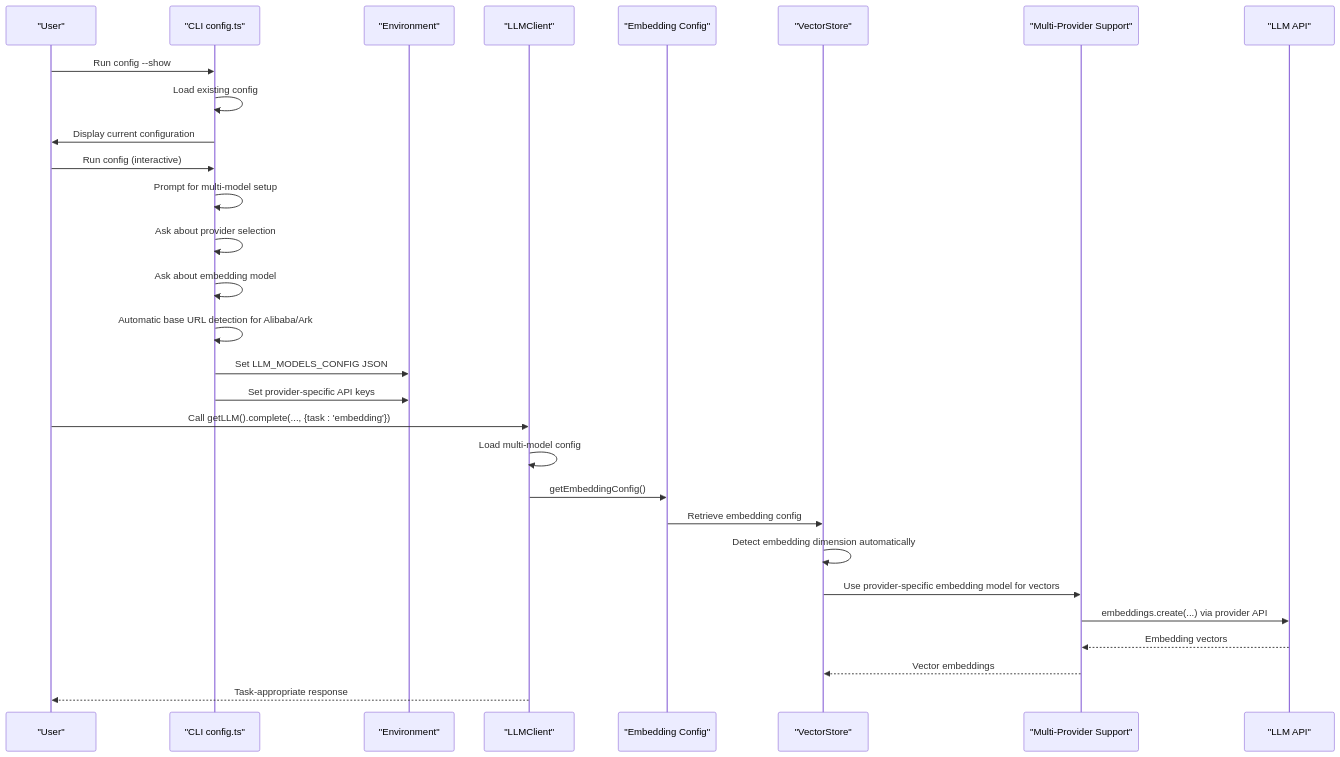
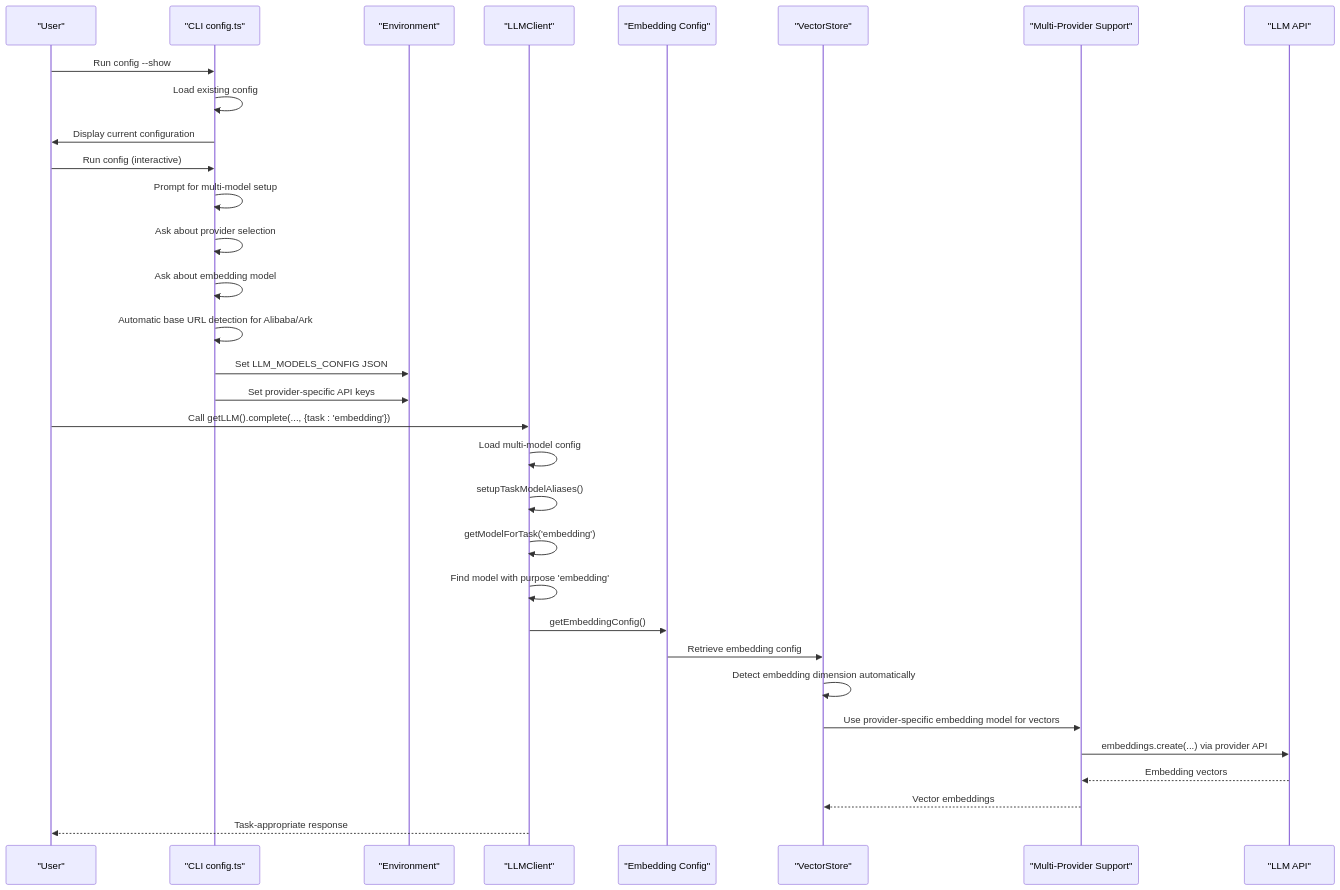
One commit to liwonder/NARRITIVE_OS changed the second of 8 diagrams in .qoder/repowiki/en/content/LLM Integration and Configuration.md. Above: the diagram before and after it, drawn with Mermaid. The commit also changed other lines of this file and 5 other files, not shown here.

````diff
--- a/.qoder/repowiki/en/content/LLM Integration and Configuration.md
+++ b/.qoder/repowiki/en/content/LLM Integration and Configuration.md
@@ -169,31 +175,34 @@
 ```mermaid
 sequenceDiagram
 participant User as "User"
 participant CLI as "CLI config.ts"
 participant Env as "Environment"
 participant Engine as "LLMClient"
 participant Embed as "Embedding Config"
 participant Vector as "VectorStore"
 participant Provider as "Multi-Provider Support"
 participant LLM as "LLM API"
 User->>CLI : Run config --show
 CLI->>CLI : Load existing config
 CLI->>User : Display current configuration
 User->>CLI : Run config (interactive)
 CLI->>CLI : Prompt for multi-model setup
 CLI->>CLI : Ask about provider selection
 CLI->>CLI : Ask about embedding model
 CLI->>CLI : Automatic base URL detection for Alibaba/Ark
 CLI->>Env : Set LLM_MODELS_CONFIG JSON
 CLI->>Env : Set provider-specific API keys
 User->>Engine : Call getLLM().complete(..., {task : 'embedding'})
 Engine->>Engine : Load multi-model config
+Engine->>Engine : setupTaskModelAliases()
+Engine->>Engine : getModelForTask('embedding')
+Engine->>Engine : Find model with purpose 'embedding'
 Engine->>Embed : getEmbeddingConfig()
 Embed->>Vector : Retrieve embedding config
 Vector->>Vector : Detect embedding dimension automatically
 Vector->>Provider : Use provider-specific embedding model for vectors
 Provider->>LLM : embeddings.create(...) via provider API
 LLM-->>Provider : Embedding vectors
 Provider-->>Vector : Vector embeddings
 Engine-->>User : Task-appropriate response
 ```
````
